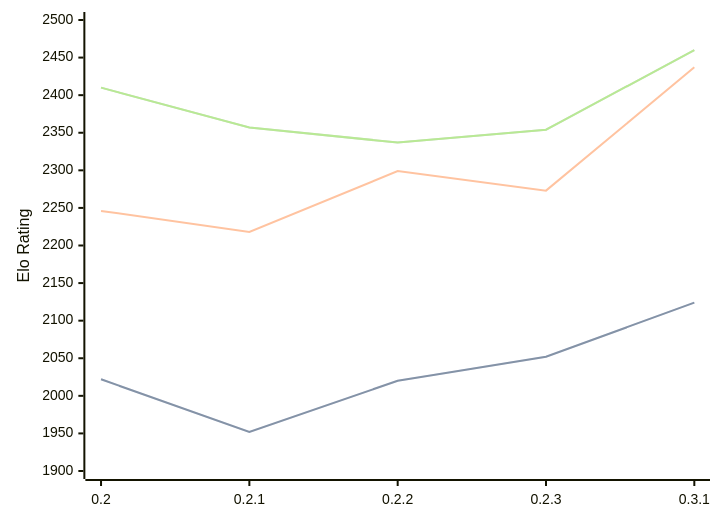
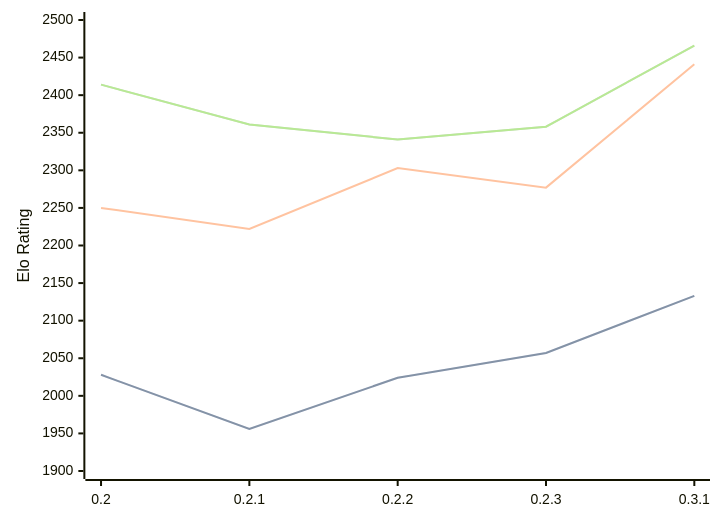
Before and after one commit to computer-chess-index/cci: the diagram in engines/Lolbot.md, drawn with Mermaid. The commit also changed other lines of this file, not shown here.

Commit message:
Update CCI Ratings (ELO VLTC) - 2026-04-18

````diff
--- a/engines/Lolbot.md
+++ b/engines/Lolbot.md
@@ -36,11 +36,11 @@
 ```mermaid
 %%{init: {"theme":"base","themeVariables":{"seriesColors:['#a3a3a3','#222221','#faa371']}}}%%
 xychart-beta
   x-axis ["0.2", "0.2.1", "0.2.2", "0.2.3", "0.3.1"]
   y-axis "Elo Rating" 1900 --> 2500
-  line "STC (8.0+0.08s)" [2022, 1952, 2020, 2052, 2124]
-  line "STC (8.0+0.08s)" [2022, 1952, 2020, 2052, 2124]
-  line "LTC (60.0+0.60s)" [2246, 2218, 2299, 2273, 2437]
-  line "VLTC (2m24s+1.12s)" [2410, 2357, 2337, 2354, 2460]
-  line "VLTC (2m24s+1.12s)" [2410, 2357, 2337, 2354, 2460]
+  line "STC (8.0+0.08s)" [2028, 1956, 2024, 2057, 2133]
+  line "STC (8.0+0.08s)" [2028, 1956, 2024, 2057, 2133]
+  line "LTC (60.0+0.60s)" [2250, 2222, 2303, 2277, 2441]
+  line "VLTC (2m24s+1.12s)" [2414, 2361, 2341, 2358, 2466]
+  line "VLTC (2m24s+1.12s)" [2414, 2361, 2341, 2358, 2466]
 ```
````
